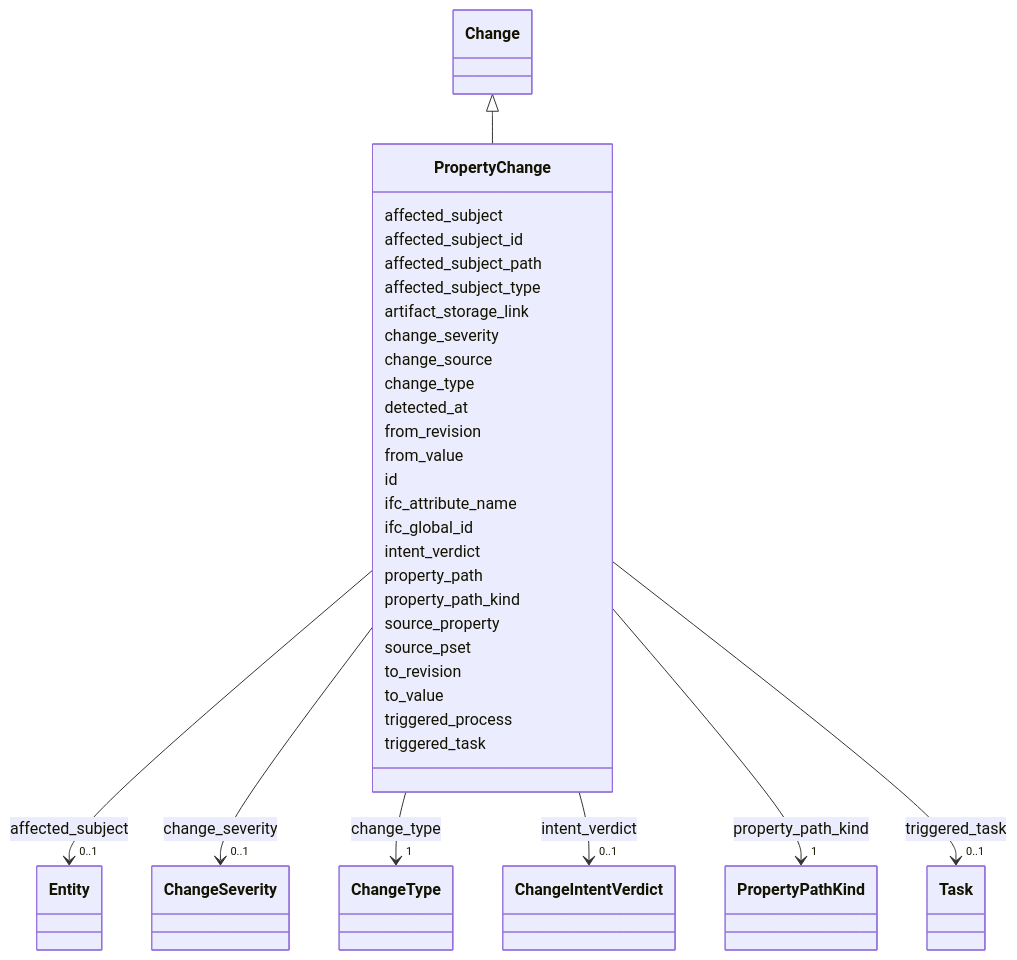
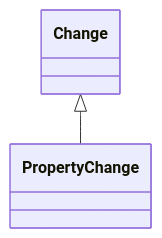
Before and after one commit to simondilhas/pragmatic-bim-data-contract: the diagram in site/.md-src/schema/PropertyChange.md, drawn with Mermaid. The commit also changed 561 other files, not shown here.

First line of the commit message:
Integrate Mermaid and Panzoom for enhanced documentation visualization

````diff
--- a/site/.md-src/schema/PropertyChange.md
+++ b/site/.md-src/schema/PropertyChange.md
@@ -23,42 +23,14 @@
 ```mermaid
- classDiagram
-    class PropertyChange
-    click PropertyChange href "./PropertyChange.html"
-      Change <|-- PropertyChange
-        click Change href "./Change.html"
-      PropertyChange : affected_subject
-        PropertyChange --> "0..1" Entity : affected_subject
-        click Entity href "./Entity.html"
-      PropertyChange : affected_subject_id
-      PropertyChange : affected_subject_path
-      PropertyChange : affected_subject_type
-      PropertyChange : artifact_storage_link
-      PropertyChange : change_severity
-        PropertyChange --> "0..1" ChangeSeverity : change_severity
-        click ChangeSeverity href "./ChangeSeverity.html"
-      PropertyChange : change_source
-      PropertyChange : change_type
-        PropertyChange --> "1" ChangeType : change_type
-        click ChangeType href "./ChangeType.html"
-      PropertyChange : detected_at
-      PropertyChange : from_revision
-      PropertyChange : from_value
-      PropertyChange : id
-      PropertyChange : ifc_attribute_name
-      PropertyChange : ifc_global_id
-      PropertyChange : intent_verdict
-        PropertyChange --> "0..1" ChangeIntentVerdict : intent_verdict
-        click ChangeIntentVerdict href "./ChangeIntentVerdict.html"
-      PropertyChange : property_path
-      PropertyChange : property_path_kind
-        PropertyChange --> "1" PropertyPathKind : property_path_kind
-        click PropertyPathKind href "./PropertyPathKind.html"
-      PropertyChange : source_property
-      PropertyChange : source_pset
-      PropertyChange : to_revision
-      PropertyChange : to_value
-      PropertyChange : triggered_process
-      PropertyChange : triggered_task
-        PropertyChange --> "0..1" Task : triggered_task
-        click Task href "./Task.html"
+classDiagram
+direction TB
+class PropertyChange
+click PropertyChange href "./PropertyChange.html" _blank
+Change <|-- PropertyChange
+click Change href "./Change.html" _blank
+click Entity href "./Entity.html" _blank
+click ChangeSeverity href "./ChangeSeverity.html" _blank
+click ChangeType href "./ChangeType.html" _blank
+click ChangeIntentVerdict href "./ChangeIntentVerdict.html" _blank
+click PropertyPathKind href "./PropertyPathKind.html" _blank
+click Task href "./Task.html" _blank
 ```
````
